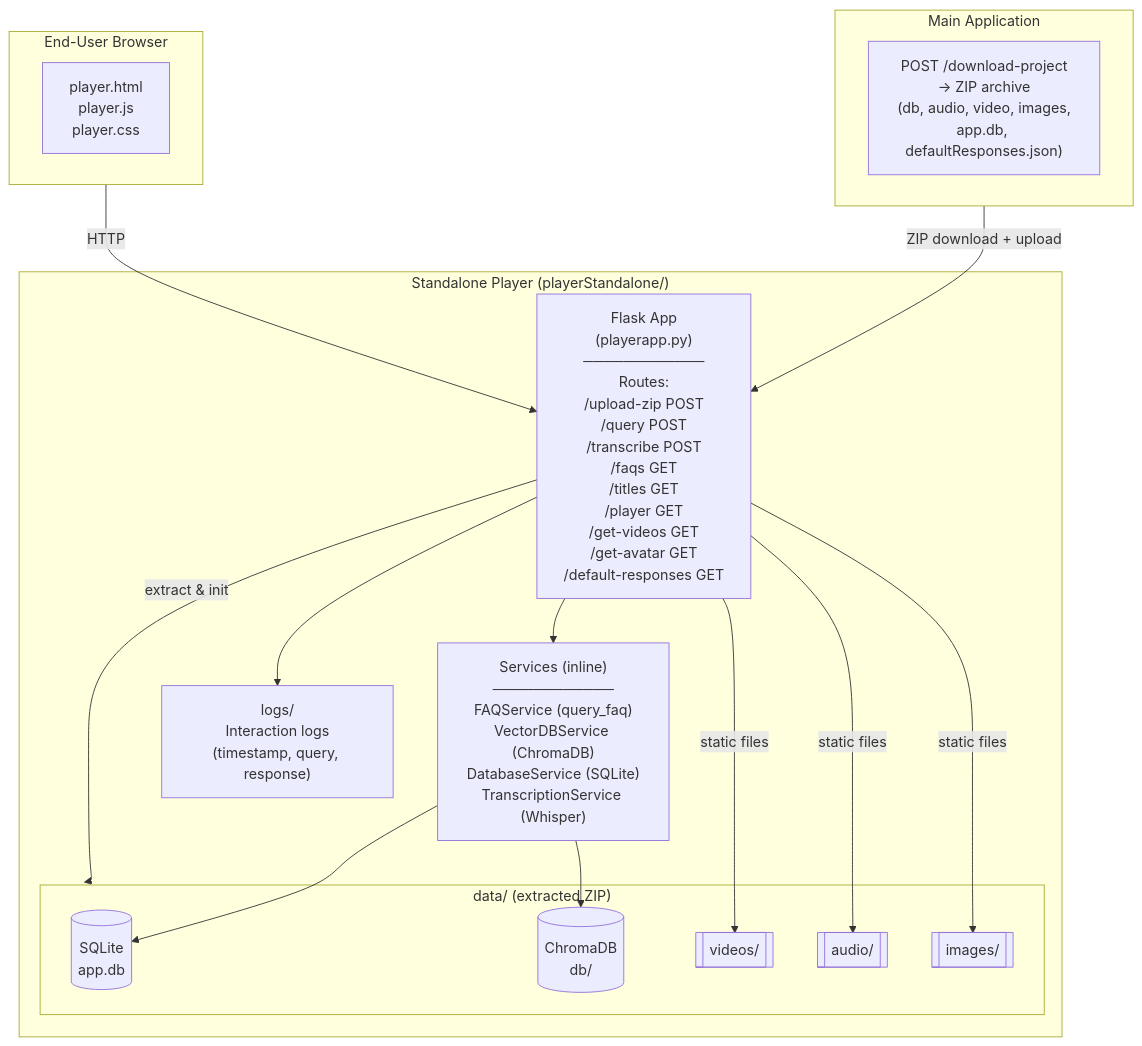
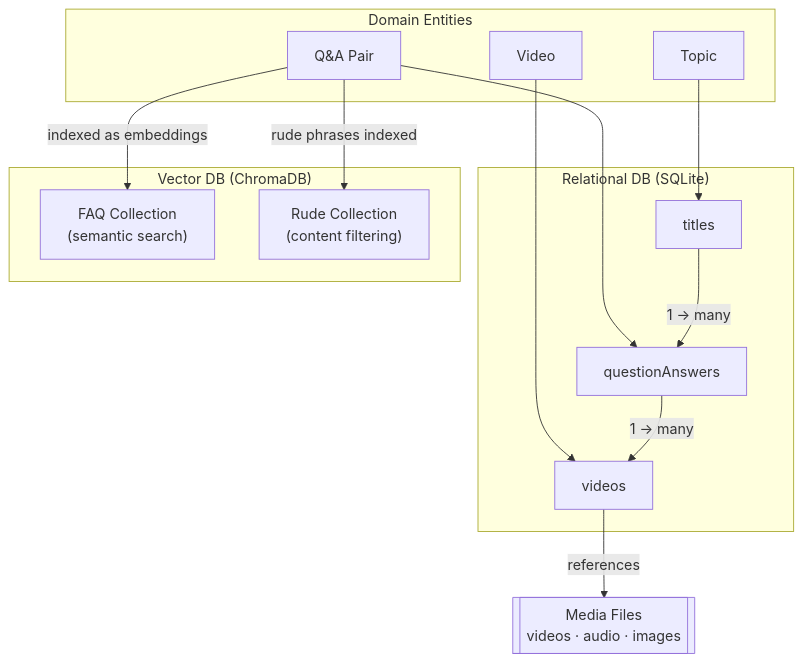
Before and after one commit to H4SSA4AN/FYPAvatar: the fourth of 8 diagrams in docs/component-diagrams.md, drawn with Mermaid. The commit also changed other lines of this file, not shown here.

Commit message:
Abstract component diagrams and add activity diagrams for user flows

````diff
--- a/docs/component-diagrams.md
+++ b/docs/component-diagrams.md
@@ -401,37 +137,33 @@
 ```mermaid
 graph TB
-    subgraph MainApp["Main Application"]
-        ExportZIP["POST /download-project\n→ ZIP archive\n(db, audio, video, images,\napp.db, defaultResponses.json)"]
+    subgraph Domain["Domain Entities"]
+        Topic["Topic"]
+        QA["Q&A Pair"]
+        Video["Video"]
     end
 
-    subgraph StandaloneApp["Standalone Player (playerStandalone/)"]
-        StFlask["Flask App\n(playerapp.py)\n────────────\nRoutes:\n/upload-zip POST\n/query POST\n/transcribe POST\n/faqs GET\n/titles GET\n/player GET\n/get-videos GET\n/get-avatar GET\n/default-responses GET"]
-
-        StServices["Services (inline)\n────────────\nFAQService (query_faq)\nVectorDBService (ChromaDB)\nDatabaseService (SQLite)\nTranscriptionService (Whisper)"]
-
-        subgraph StData["data/ (extracted ZIP)"]
-            StDB[("SQLite\napp.db")]
-            StChroma[("ChromaDB\ndb/")]
-            StVideos[["videos/"]]
-            StAudio[["audio/"]]
-            StImages[["images/"]]
-        end
-
-        StLogs["logs/\nInteraction logs\n(timestamp, query, response)"]
+    subgraph SQLite["Relational DB (SQLite)"]
+        Titles["titles"]
+        QuestionAnswers["questionAnswers"]
+        Videos["videos"]
     end
 
-    subgraph StClient["End-User Browser"]
-        StPlayer["player.html\nplayer.js\nplayer.css"]
+    subgraph ChromaDB["Vector DB (ChromaDB)"]
+        FAQCol["FAQ Collection\n(semantic search)"]
+        RudeCol["Rude Collection\n(content filtering)"]
     end
 
-    MainApp -- "ZIP download + upload" --> StFlask
-    StFlask -- "extract & init" --> StData
-    StFlask --> StServices
-    StServices --> StDB
-    StServices --> StChroma
-    StFlask --> StLogs
-    StClient -- "HTTP" --> StFlask
-    StFlask -- "static files" --> StVideos
-    StFlask -- "static files" --> StAudio
-    StFlask -- "static files" --> StImages
+    MediaFiles[["Media Files\nvideos · audio · images"]]
+
+    Topic --> Titles
+    QA --> QuestionAnswers
+    Video --> Videos
+
+    Titles -- "1 → many" --> QuestionAnswers
+    QuestionAnswers -- "1 → many" --> Videos
+
+    QA -- "indexed as embeddings" --> FAQCol
+    QA -- "rude phrases indexed" --> RudeCol
+
+    Videos -- "references" --> MediaFiles
 ```
````
